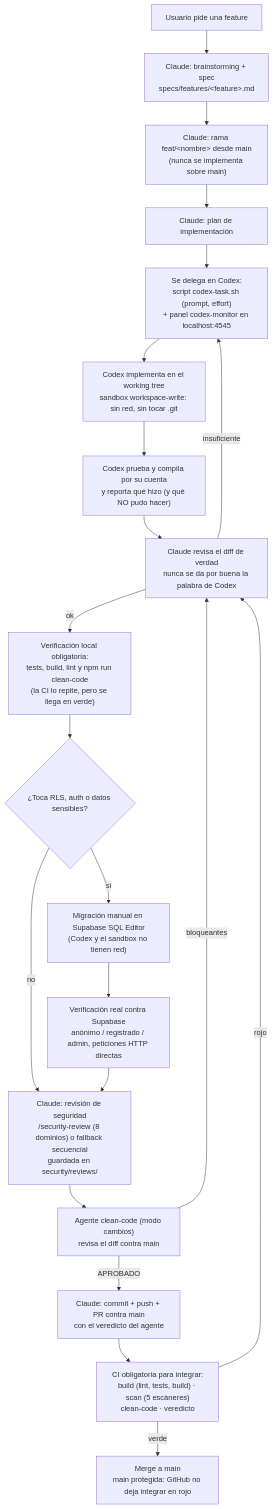
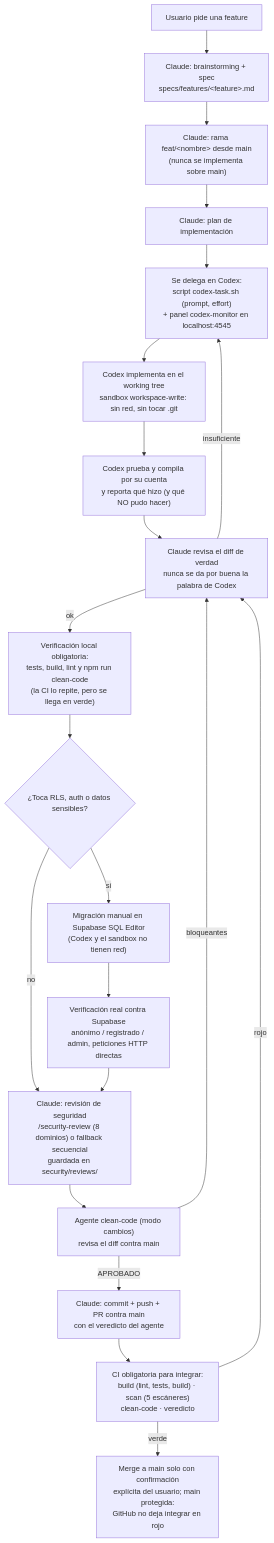
One commit to pedroleni/tech-study-tracker changed the first of 2 diagrams in README.md. Above: the diagram before and after it, drawn with Mermaid. The commit also changed other lines of this file and 10 other files, not shown here.

````diff
--- a/README.md
+++ b/README.md
@@ -46,23 +46,23 @@
 ```mermaid
 flowchart TD
     A["Usuario pide una feature"] --> B["Claude: brainstorming + spec<br/>specs/features/&lt;feature&gt;.md"]
     B --> C["Claude: rama feat/&lt;nombre&gt; desde main<br/>(nunca se implementa sobre main)"]
     C --> D["Claude: plan de implementación"]
     D --> E["Se delega en Codex:<br/>script codex-task.sh (prompt, effort)<br/>+ panel codex-monitor en localhost:4545"]
     E --> F["Codex implementa en el working tree<br/>sandbox workspace-write: sin red, sin tocar .git"]
     F --> G["Codex prueba y compila por su cuenta<br/>y reporta qué hizo (y qué NO pudo hacer)"]
     G --> H["Claude revisa el diff de verdad<br/>nunca se da por buena la palabra de Codex"]
     H -->|insuficiente| E
     H -->|ok| I["Verificación local obligatoria:<br/>tests, build, lint y npm run clean-code<br/>(la CI lo repite, pero se llega en verde)"]
     I --> J{"¿Toca RLS, auth o datos sensibles?"}
     J -->|sí| K["Migración manual en Supabase SQL Editor<br/>(Codex y el sandbox no tienen red)"]
     K --> L["Verificación real contra Supabase<br/>anónimo / registrado / admin, peticiones HTTP directas"]
     J -->|no| M
     L --> M["Claude: revisión de seguridad<br/>/security-review (8 dominios) o fallback secuencial<br/>guardada en security/reviews/"]
     M --> CC["Agente clean-code (modo cambios)<br/>revisa el diff contra main"]
     CC -->|bloqueantes| H
     CC -->|APROBADO| N["Claude: commit + push + PR contra main<br/>con el veredicto del agente"]
     N --> O["CI obligatoria para integrar:<br/>build (lint, tests, build) · scan (5 escáneres)<br/>clean-code · veredicto"]
     O -->|rojo| H
-    O -->|verde| P["Merge a main<br/>main protegida: GitHub no deja integrar en rojo"]
+    O -->|verde| P["Merge a main solo con confirmación<br/>explícita del usuario; main protegida:<br/>GitHub no deja integrar en rojo"]
 ```
````
